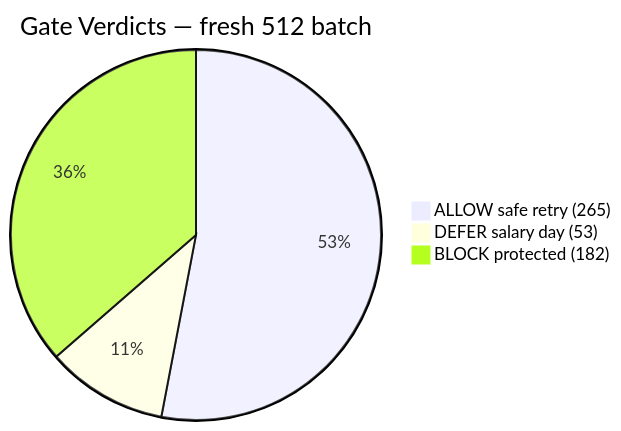
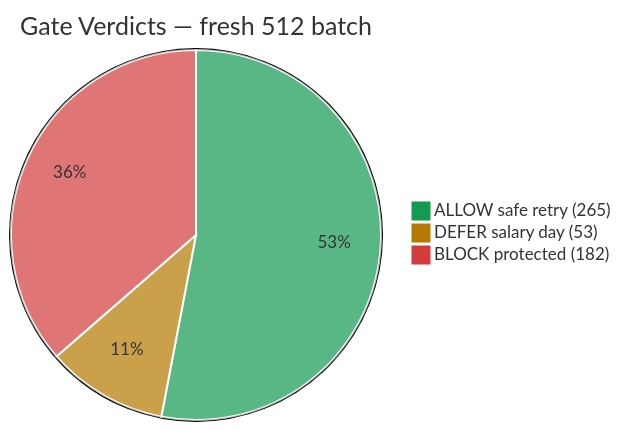
One commit to ShivamSharko/revive-ai changed the second of 2 diagrams in README.md. Above: the diagram before and after it, drawn with Mermaid.

Commit message:
docs: brand-colored pie chart (visible in dark mode)

````diff
--- a/README.md
+++ b/README.md
@@ -240,6 +240,7 @@
 ```mermaid
+%%{init: {'theme':'base', 'themeVariables': {'pie1':'#149a52','pie2':'#b57900','pie3':'#d43c3c','pieStrokeColor':'#ffffff'}}}%%
 pie title Gate Verdicts — fresh 512 batch
     "ALLOW safe retry (265)" : 265
     "DEFER salary day (53)" : 53
     "BLOCK protected (182)" : 182
 ```
````
